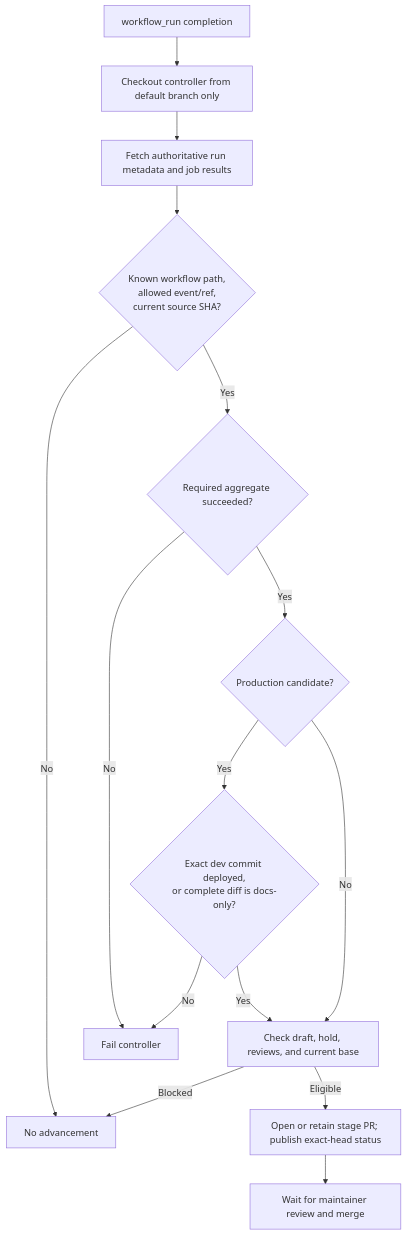
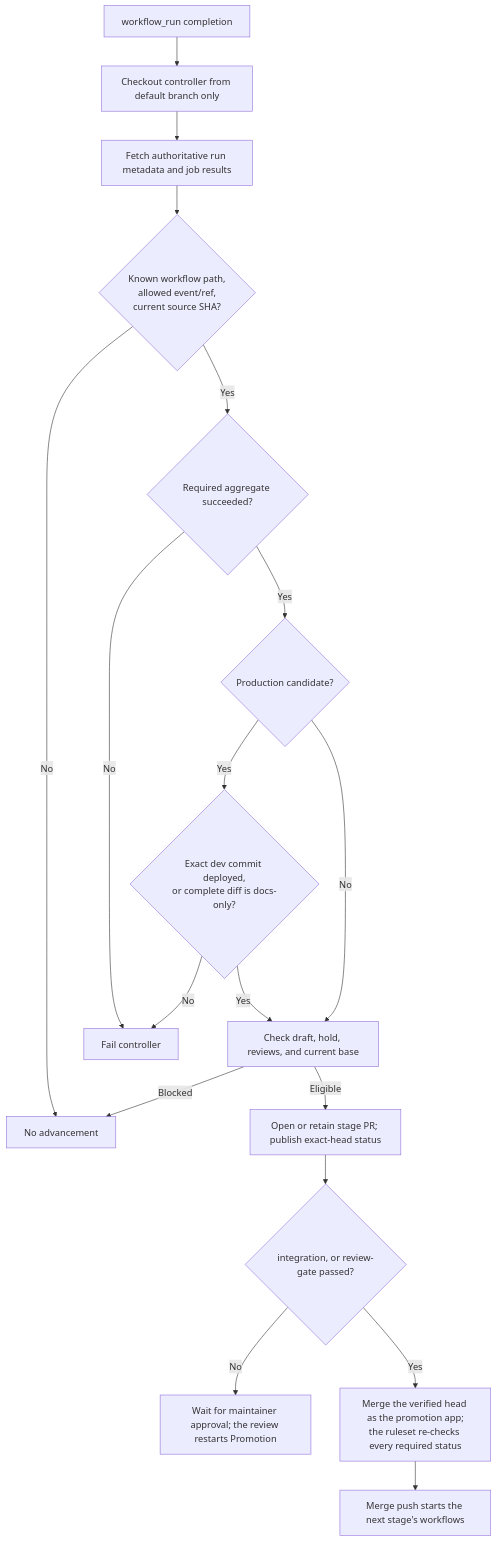
One commit to Yale-Undergraduate-Consulting-Group/club-res-website changed the fourth of 18 diagrams in docs/CI_CD.md. Above: the diagram before and after it, drawn with Mermaid. The commit also changed other lines of this file and 8 other files, not shown here.

Commit message:
Promotion: merge stage PRs automatically once their gates pass, as the promotion GitHub App; prod keeps its deployment approval

````diff
--- a/docs/CI_CD.md
+++ b/docs/CI_CD.md
@@ -178,17 +178,20 @@
 ```mermaid
 flowchart TD
   E["workflow_run completion"] --> T["Checkout controller from default branch only"]
   T --> R["Fetch authoritative run metadata and job results"]
   R --> I{"Known workflow path,<br/>allowed event/ref,<br/>current source SHA?"}
   I -->|No| STOP["No advancement"]
   I -->|Yes| G{"Required aggregate succeeded?"}
   G -->|No| FAIL["Fail controller"]
   G -->|Yes| D{"Production candidate?"}
   D -->|Yes| DP{"Exact dev commit deployed,<br/>or complete diff is docs-only?"}
   DP -->|No| FAIL
   DP -->|Yes| H["Check draft, hold, reviews, and current base"]
   D -->|No| H
   H -->|Blocked| STOP
   H -->|Eligible| PR["Open or retain stage PR; publish exact-head status"]
-  PR --> OWNER["Wait for maintainer review and merge"]
+  PR --> GATE{"integration, or review-gate passed?"}
+  GATE -->|No| OWNER["Wait for maintainer approval; the review restarts Promotion"]
+  GATE -->|Yes| MERGE["Merge the verified head as the promotion app;<br/>the ruleset re-checks every required status"]
+  MERGE --> NEXT["Merge push starts the next stage's workflows"]
 ```
````
